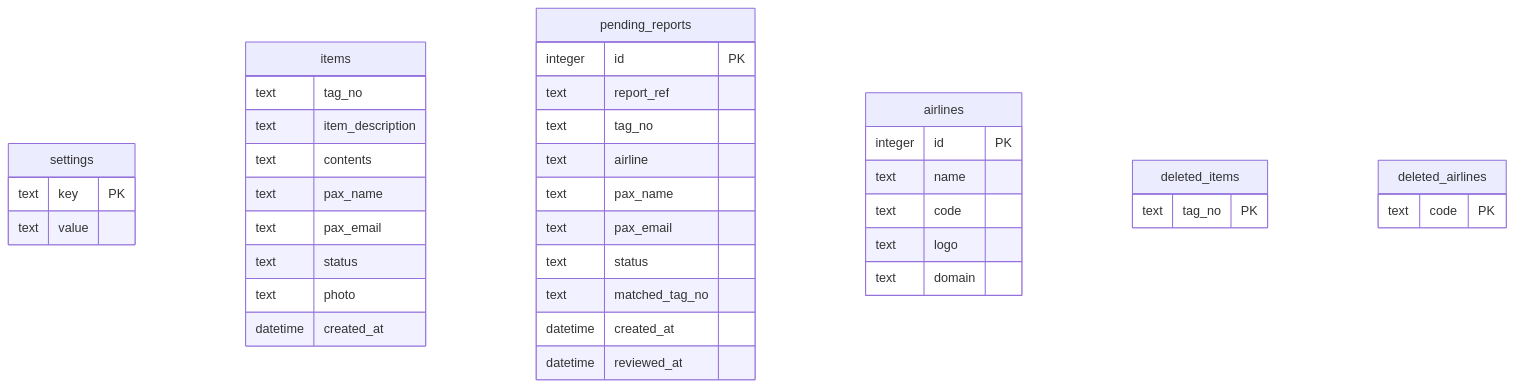
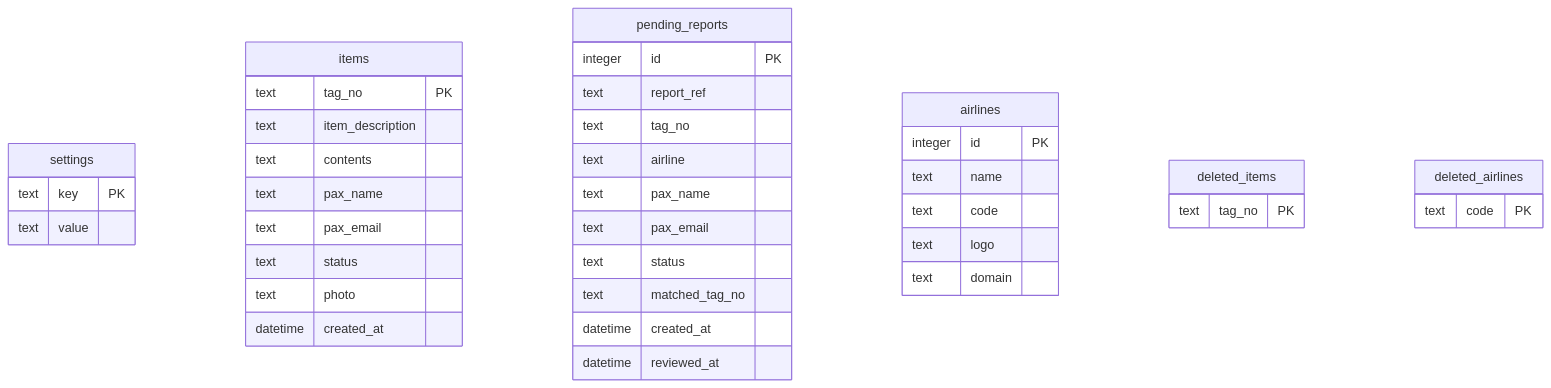
The fourth of 4 diagrams in docs/architecture.md (exeedthemes/cabin_portal), drawn with Mermaid before and after one commit. The commit also changed other lines of this file and 1 other file, not shown here.

Commit message:
docs: update system architecture and operation guides with multi-station backup & proxy diagrams

````diff
--- a/docs/architecture.md
+++ b/docs/architecture.md
@@ -67,47 +111,47 @@
 ```mermaid
 erDiagram
     settings {
         text key PK
         text value
     }
 
     items {
-        text tag_no
+        text tag_no PK
         text item_description
         text contents
         text pax_name
         text pax_email
         text status
         text photo
         datetime created_at
     }
 
     pending_reports {
         integer id PK
         text report_ref
         text tag_no
         text airline
         text pax_name
         text pax_email
         text status
         text matched_tag_no
         datetime created_at
         datetime reviewed_at
     }
 
     airlines {
         integer id PK
         text name
         text code
         text logo
         text domain
     }
 
     deleted_items {
         text tag_no PK
     }
 
     deleted_airlines {
         text code PK
     }
 ```
````
